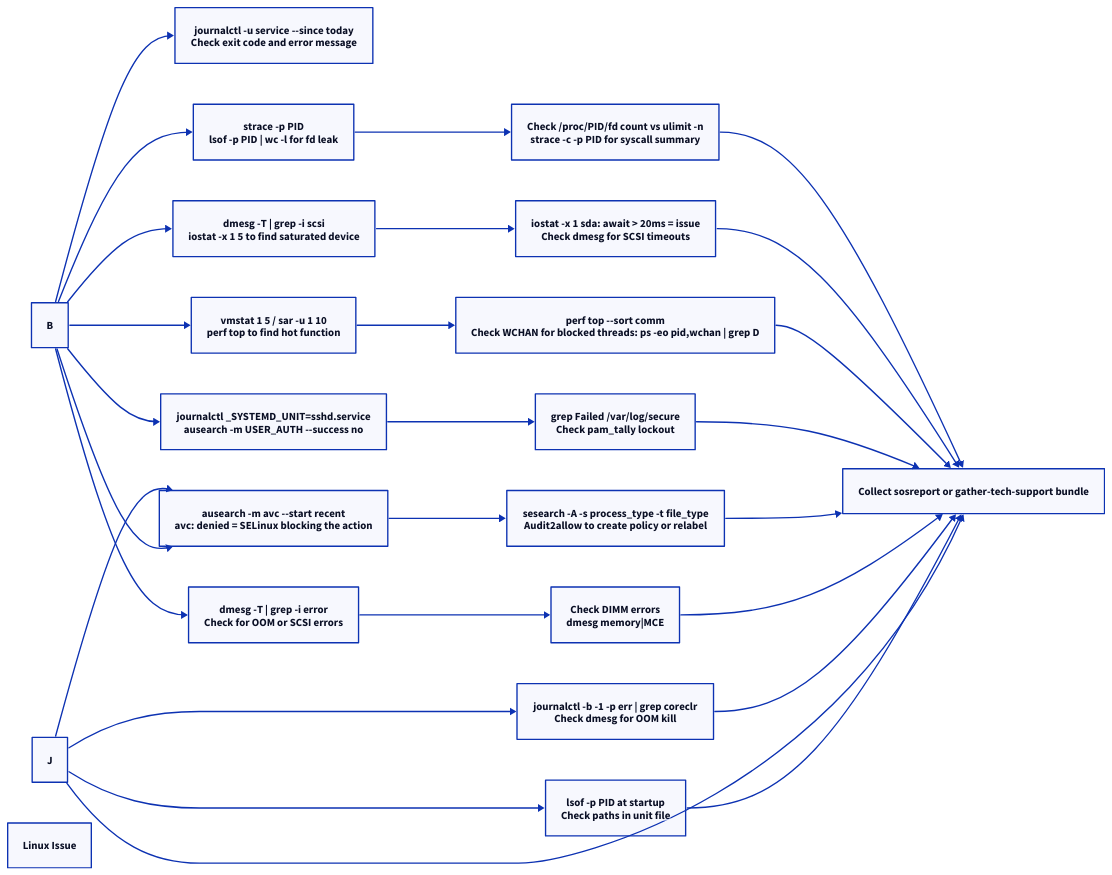
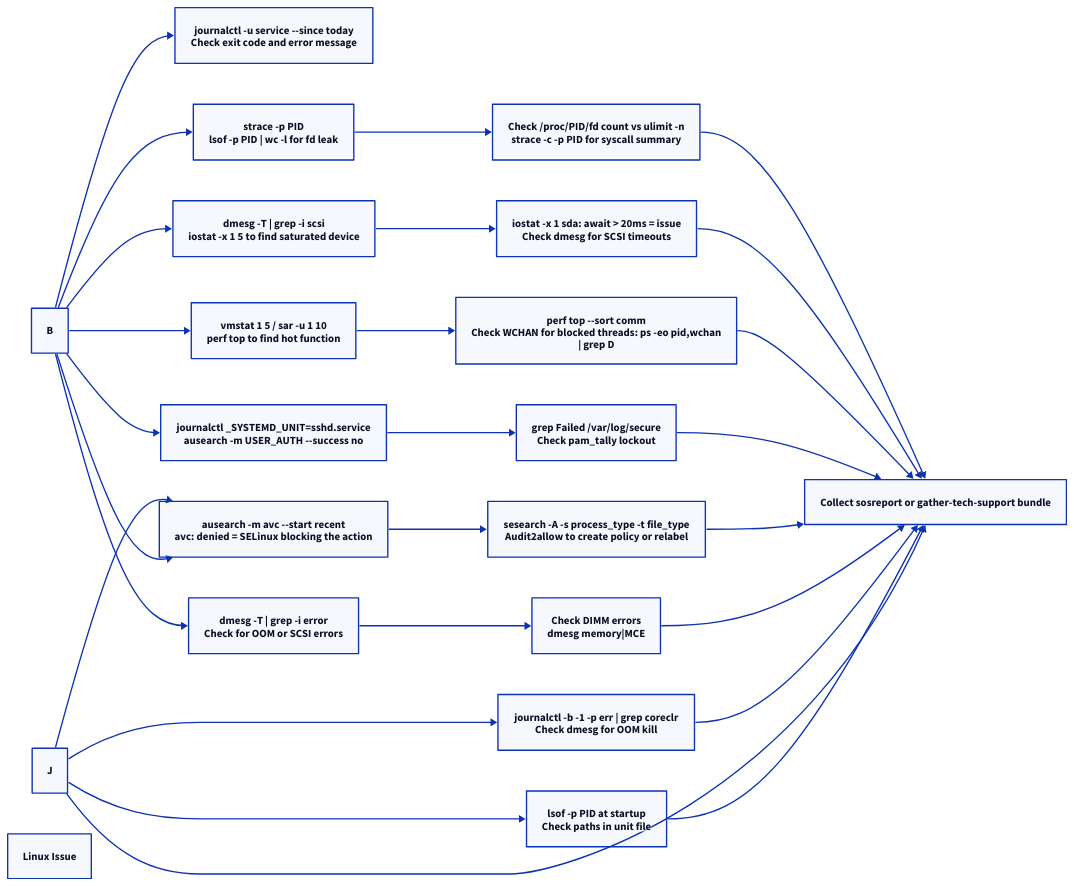
The first of 2 diagrams in docs/compute/linux/troubleshooting/diagnostics/index.md (canast01/chris-kb), drawn with D2 before and after one commit. The commit also changed other lines of this file and 192 other files, not shown here.

````diff
--- a/docs/compute/linux/troubleshooting/diagnostics/index.md
+++ b/docs/compute/linux/troubleshooting/diagnostics/index.md
@@ -16,49 +16,49 @@
 ```d2
 direction: right
 
 B: "B" {shape: rectangle}
 C: "journalctl -u service --since today\nCheck exit code and error message" {shape: rectangle}
 D: "dmesg -T | grep -i error\nCheck for OOM or SCSI errors" {shape: rectangle}
 E: "ausearch -m avc --start recent\navc: denied = SELinux blocking the action" {shape: rectangle}
 F: "journalctl _SYSTEMD_UNIT=sshd.service\nausearch -m USER_AUTH --success no" {shape: rectangle}
 G: "vmstat 1 5 / sar -u 1 10\nperf top to find hot function" {shape: rectangle}
 H: "dmesg -T | grep -i scsi\niostat -x 1 5 to find saturated device" {shape: rectangle}
 I: "strace -p PID\nlsof -p PID | wc -l for fd leak" {shape: rectangle}
 J: "J" {shape: rectangle}
 K: "lsof -p PID at startup\nCheck paths in unit file" {shape: rectangle}
 L: "journalctl -b -1 -p err | grep coreclr\nCheck dmesg for OOM kill" {shape: rectangle}
 M: "Check DIMM errors\ndmesg memory\|MCE" {shape: rectangle}
 N: "sesearch -A -s process_type -t file_type\nAudit2allow to create policy or relabel" {shape: rectangle}
 O: "grep Failed /var/log/secure\nCheck pam_tally lockout" {shape: rectangle}
-P: "perf top --sort comm\nCheck WCHAN for blocked threads: ps -eo pid,wchan | grep D" {shape: rectangle}
+P: "perf top --sort comm\nCheck WCHAN for blocked threads: ps -eo pid,wchan\n| grep D" {shape: rectangle}
 Q: "iostat -x 1 sda: await > 20ms = issue\nCheck dmesg for SCSI timeouts" {shape: rectangle}
 R: "Check /proc/PID/fd count vs ulimit -n\nstrace -c -p PID for syscall summary" {shape: rectangle}
 S: "Collect sosreport or gather-tech-support bundle" {shape: rectangle}
 A: "Linux Issue" {shape: rectangle}
 
 B -> C
 B -> D
 B -> E
 B -> F
 B -> G
 B -> H
 B -> I
 J -> E
 J -> K
 J -> L
 D -> M
 E -> N
 F -> O
 G -> P
 H -> Q
 I -> R
 J -> S
 K -> S
 L -> S
 M -> S
 N -> S
 O -> S
 P -> S
 Q -> S
 R -> S
 ```
````
